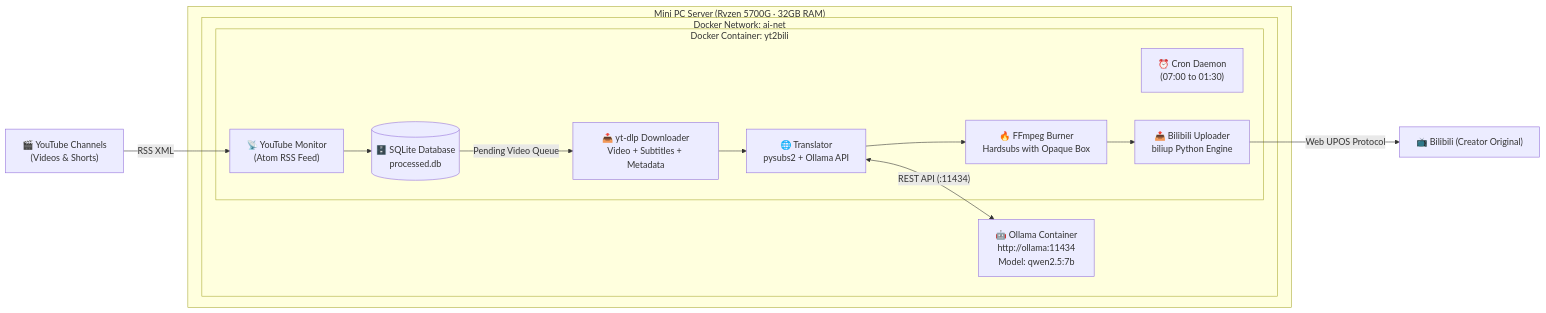
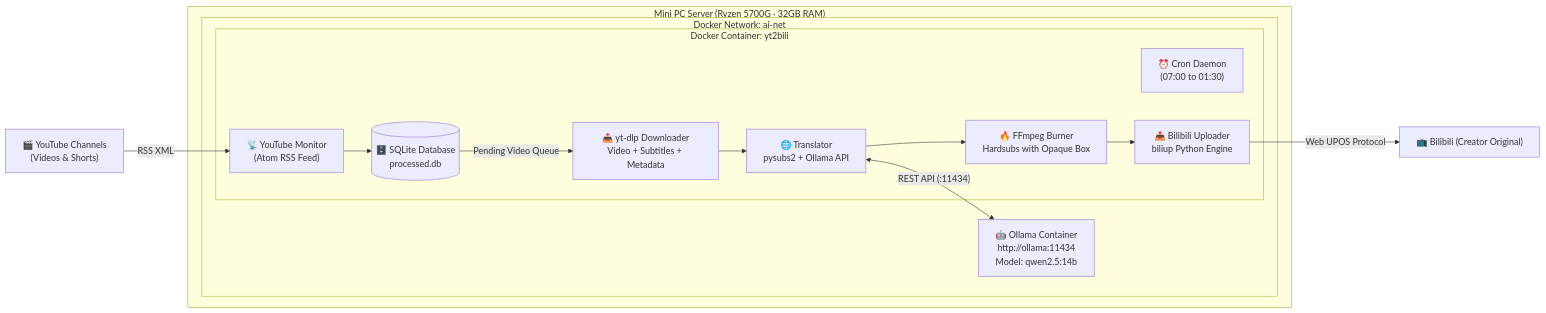
The diagram in README.md (fernandor2/yt2bili), drawn with Mermaid before and after one commit. The commit also changed other lines of this file and 1 other file, not shown here.

Commit message:
chore: upgrade ollama model to qwen2.5:14b and change default tid to 71

````diff
--- a/README.md
+++ b/README.md
@@ -57,27 +57,27 @@
 ```mermaid
 flowchart LR
     subgraph Host["Mini PC Server (Ryzen 5700G · 32GB RAM)"]
         subgraph DockerNet["Docker Network: ai-net"]
-            Ollama["🤖 Ollama Container\nhttp://ollama:11434\nModel: qwen2.5:7b"]
+            Ollama["🤖 Ollama Container\nhttp://ollama:11434\nModel: qwen2.5:14b"]
             
             subgraph YT2BILI["Docker Container: yt2bili"]
                 Cron["⏰ Cron Daemon\n(07:00 to 01:30)"]
                 Monitor["📡 YouTube Monitor\n(Atom RSS Feed)"]
                 DB[("🗄️ SQLite Database\nprocessed.db")]
                 DL["📥 yt-dlp Downloader\nVideo + Subtitles + Metadata"]
                 Trans["🌐 Translator\npysubs2 + Ollama API"]
                 Burn["🔥 FFmpeg Burner\nHardsubs with Opaque Box"]
                 Upload["📤 Bilibili Uploader\nbiliup Python Engine"]
             end
         end
     end
 
     YT["🎬 YouTube Channels\n(Videos & Shorts)"] -->|"RSS XML"| Monitor
     Monitor --> DB
     DB -->|"Pending Video Queue"| DL
     DL --> Trans
     Trans <-->|"REST API (:11434)"| Ollama
     Trans --> Burn
     Burn --> Upload
     Upload -->|"Web UPOS Protocol"| Bili["📺 Bilibili (Creator Original)"]
 ```
````
